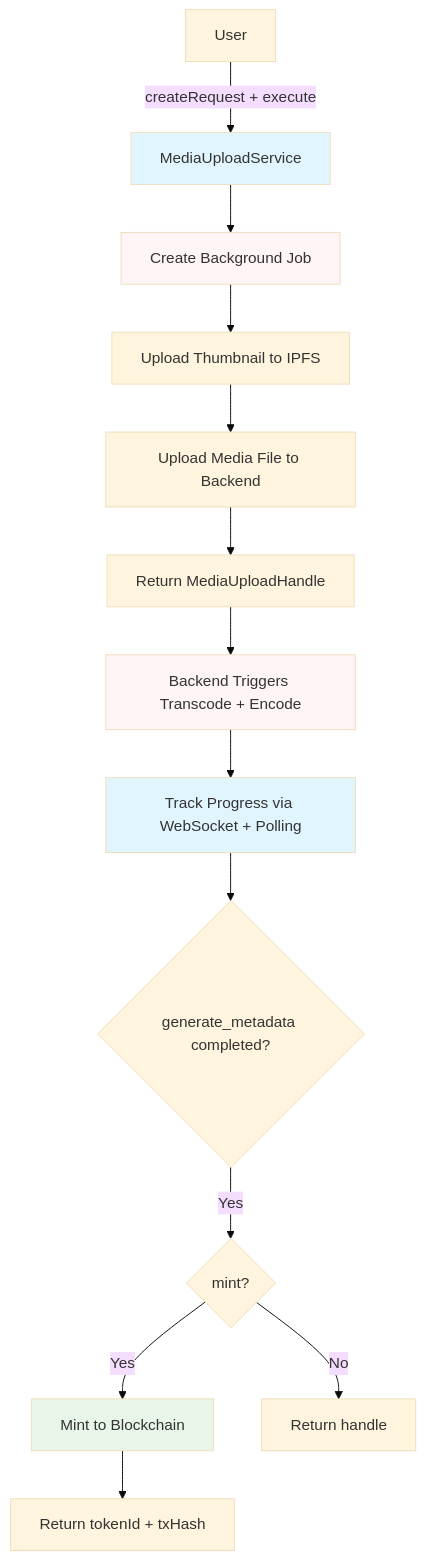
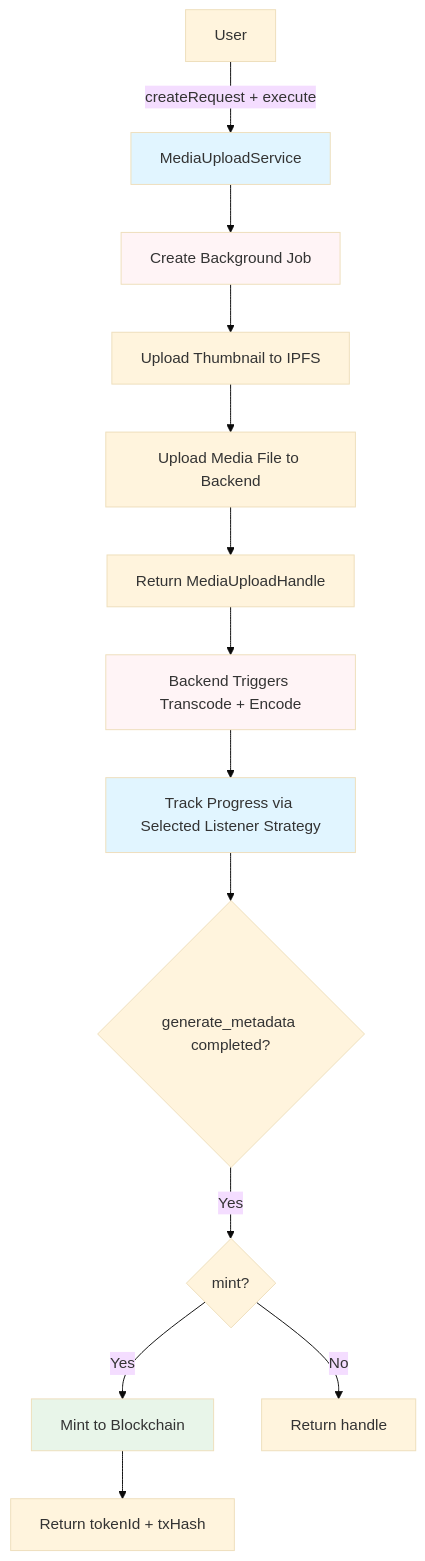
One commit to Elacity/wiki changed the first of 2 diagrams in media-packager/architecture/workflow.md. Above: the diagram before and after it, drawn with Mermaid (base theme). The commit also changed other lines of this file and 16 other files, not shown here.

````diff
--- a/media-packager/architecture/workflow.md
+++ b/media-packager/architecture/workflow.md
@@ -11,21 +11,21 @@
 ```mermaid
 flowchart TD
     A[User] -->|createRequest + execute| B[MediaUploadService]
     B --> C[Create Background Job]
     C --> D[Upload Thumbnail to IPFS]
     D --> E[Upload Media File to Backend]
     E --> F[Return MediaUploadHandle]
     F --> G[Backend Triggers Transcode + Encode]
-    G --> H[Track Progress via WebSocket + Polling]
+    G --> H[Track Progress via Selected Listener Strategy]
     H --> I{generate_metadata completed?}
     I -->|Yes| J{mint?}
     J -->|Yes| K[Mint to Blockchain]
     J -->|No| L[Return handle]
     K --> M[Return tokenId + txHash]
 
     style B fill:#e1f5ff
     style C fill:#fff4f6
     style G fill:#fff4f6
     style H fill:#e1f5ff
     style K fill:#e8f5e9
 ```
````
